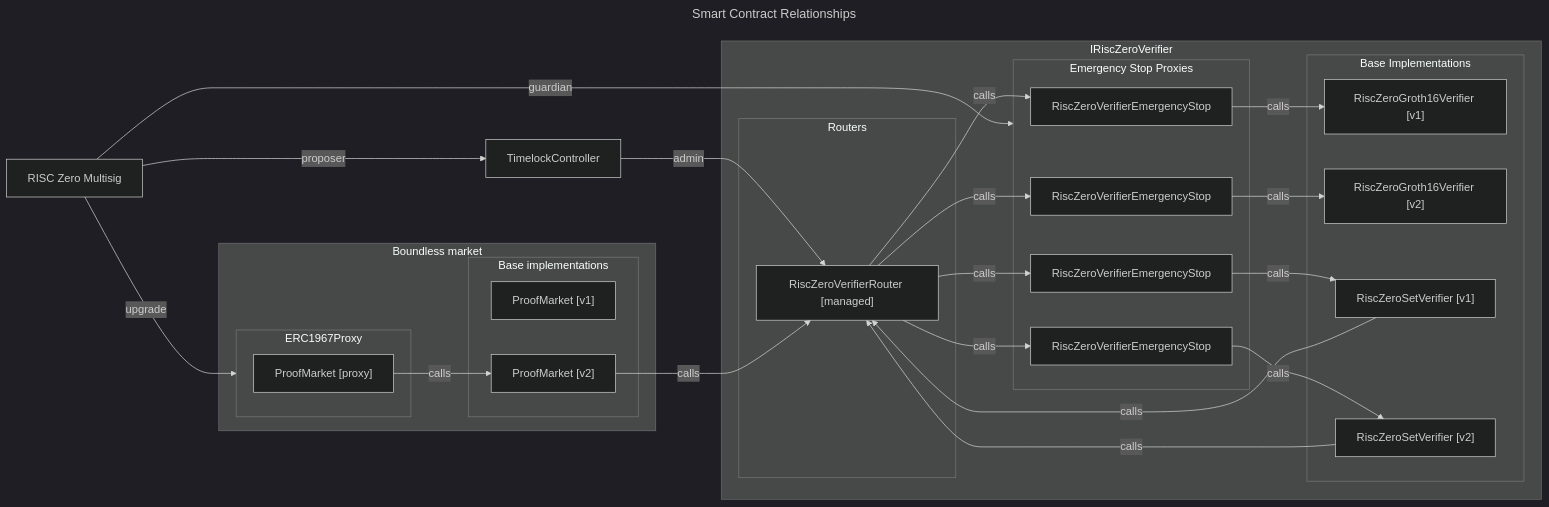
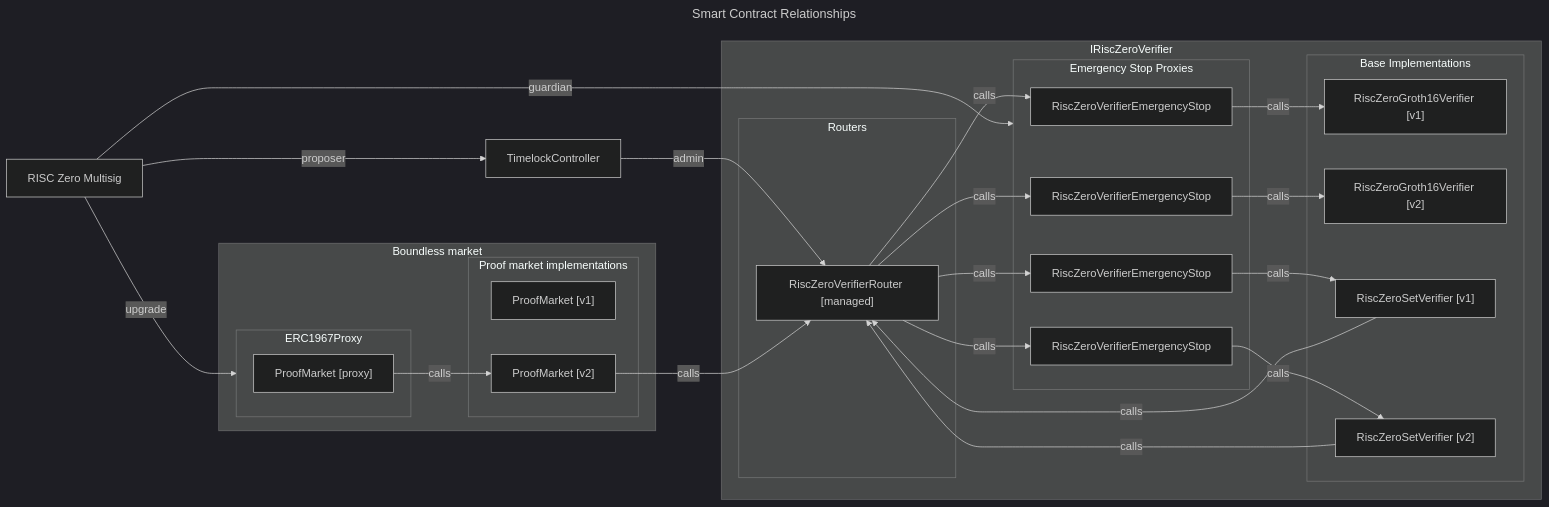
One commit to boundless-xyz/boundless changed the diagram in contracts/version-management-design.md. Above: the diagram before and after it, drawn with Mermaid (dark theme). The commit also changed other lines of this file, not shown here.

````diff
--- a/contracts/version-management-design.md
+++ b/contracts/version-management-design.md
@@ -10,56 +10,56 @@
 ```mermaid
 ---
 title: Smart Contract Relationships
 ---
 flowchart LR
   subgraph IRiscZeroVerifier
     subgraph routers["Routers"]
         router["RiscZeroVerifierRouter [managed]"]
     end
 
     subgraph emergencyStops["Emergency Stop Proxies"]
       groth16v1ES["RiscZeroVerifierEmergencyStop"]
       groth16v2ES["RiscZeroVerifierEmergencyStop"]
       setv1ES["RiscZeroVerifierEmergencyStop"]
       setv2ES["RiscZeroVerifierEmergencyStop"]
     end
 
     subgraph impls["Base Implementations"]
         groth16v1["RiscZeroGroth16Verifier [v1]"]
         groth16v2["RiscZeroGroth16Verifier [v2]"]
         setv1["RiscZeroSetVerifier [v1]"]
         setv2["RiscZeroSetVerifier [v2]"]
     end
 
     router -- calls --> groth16v1ES
     router -- calls --> groth16v2ES
     router -- calls --> setv1ES
     router -- calls --> setv2ES
 
     groth16v1ES -- calls --> groth16v1
     groth16v2ES -- calls --> groth16v2
     setv1ES -- calls --> setv1
     setv2ES -- calls --> setv2
   end
   subgraph Boundless market
     subgraph proxy["ERC1967Proxy"]
         marketProxy["ProofMarket [proxy]"]
     end
-    subgraph ProofMarket["Base implementations"]
+    subgraph ProofMarket["Proof market implementations"]
         proofMarketv1["ProofMarket [v1]"]
         proofMarketv2["ProofMarket [v2]"]
     end
 
     marketProxy -- calls --> proofMarketv2
   end
   timelock[TimelockController]
   multisig["RISC Zero Multisig"]
 
   timelock -- admin --> router
   multisig -- proposer --> timelock
   multisig -- guardian --> emergencyStops
   multisig -- upgrade --> proxy
   setv1 -- calls --> router
   setv2 -- calls --> router
   proofMarketv2 -- calls --> router
 ```
````
